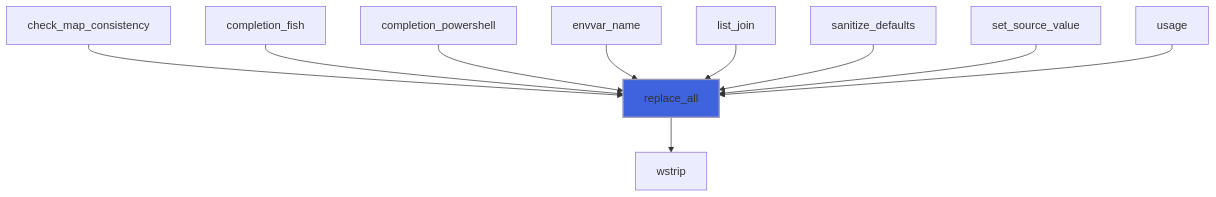
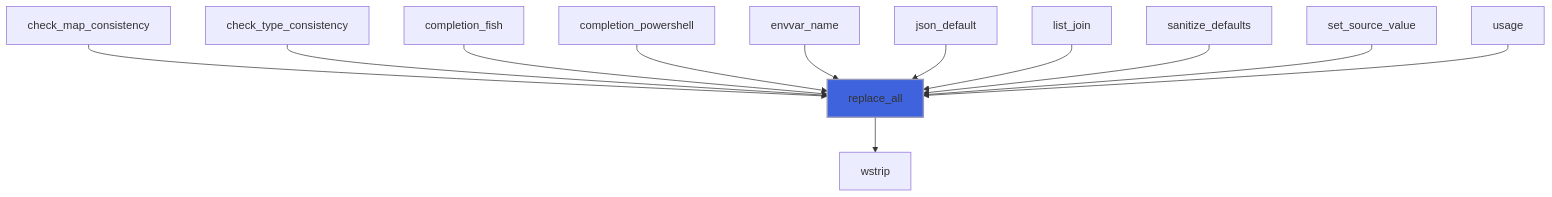
Diagram 13 of 23 in docs/api/src/lib/flap_utils_m.md (szaghi/FLAP), drawn with Mermaid before and after one commit. The commit also changed other lines of this file and 22 other files, not shown here.

````diff
--- a/docs/api/src/lib/flap_utils_m.md
+++ b/docs/api/src/lib/flap_utils_m.md
@@ -477,13 +493,15 @@
 ```mermaid
 flowchart TD
   check_map_consistency["check_map_consistency"] --> replace_all["replace_all"]
+  check_type_consistency["check_type_consistency"] --> replace_all["replace_all"]
   completion_fish["completion_fish"] --> replace_all["replace_all"]
   completion_powershell["completion_powershell"] --> replace_all["replace_all"]
   envvar_name["envvar_name"] --> replace_all["replace_all"]
+  json_default["json_default"] --> replace_all["replace_all"]
   list_join["list_join"] --> replace_all["replace_all"]
   sanitize_defaults["sanitize_defaults"] --> replace_all["replace_all"]
   set_source_value["set_source_value"] --> replace_all["replace_all"]
   usage["usage"] --> replace_all["replace_all"]
   replace_all["replace_all"] --> wstrip["wstrip"]
   style replace_all fill:#3e63dd,stroke:#99b,stroke-width:2px
 ```
````
